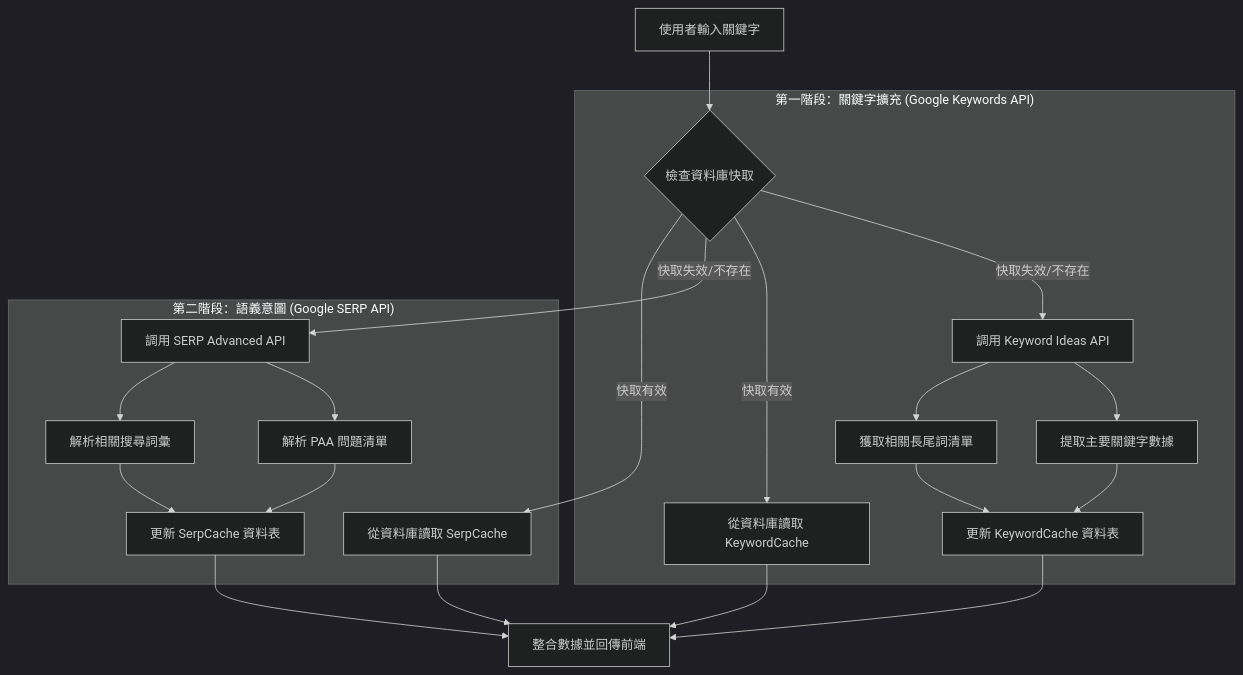
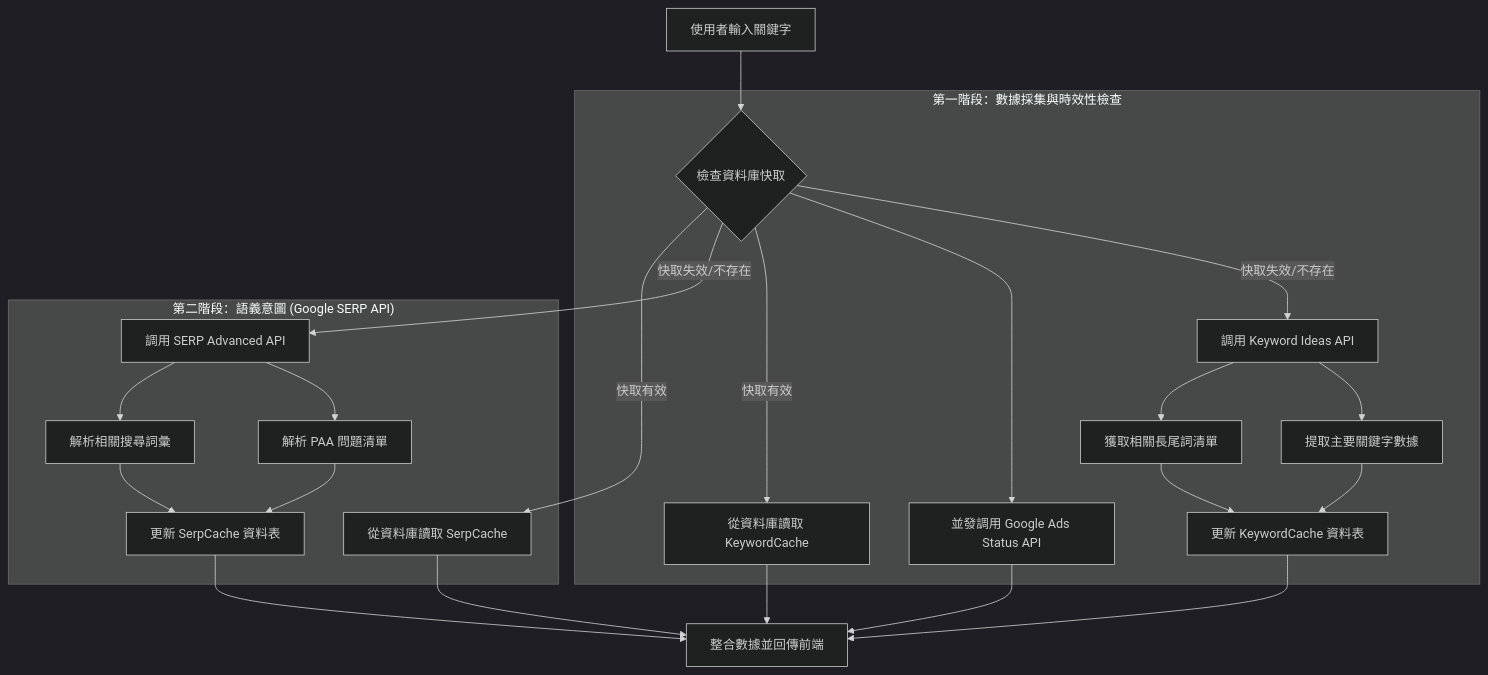
The diagram in docs/Seonize_Keyword_Research_Process.md (Tab2005/AI-Article-Writing-System), drawn with Mermaid (dark theme) before and after one commit. The commit also changed 3 other files, not shown here.

Commit message:
docs: document Google Ads data status logic in README and technical docs

````diff
--- a/docs/Seonize_Keyword_Research_Process.md
+++ b/docs/Seonize_Keyword_Research_Process.md
@@ -9,22 +9,23 @@
 ```mermaid
 graph TD
     A[使用者輸入關鍵字] --> B{檢查資料庫快取}
     
-    subgraph "第一階段：關鍵字擴充 (Google Keywords API)"
+subgraph "第一階段：數據採集與時效性檢查"
     B -- 快取失效/不存在 --> C1[調用 Keyword Ideas API]
     C1 --> D1[提取主要關鍵字數據]
     C1 --> E1[獲取相關長尾詞清單]
+    B --> S1[並發調用 Google Ads Status API]
     D1 & E1 --> F1[更新 KeywordCache 資料表]
     B -- 快取有效 --> G1[從資料庫讀取 KeywordCache]
     end
     
     subgraph "第二階段：語義意圖 (Google SERP API)"
     B -- 快取失效/不存在 --> C2[調用 SERP Advanced API]
     C2 --> D2[解析 PAA 問題清單]
     C2 --> E2[解析相關搜尋詞彙]
     D2 & E2 --> F2[更新 SerpCache 資料表]
     B -- 快取有效 --> G2[從資料庫讀取 SerpCache]
     end
     
-    F1 & G1 & F2 & G2 --> H[整合數據並回傳前端]
+    F1 & G1 & F2 & G2 & S1 --> H[整合數據並回傳前端]
 ```
````
